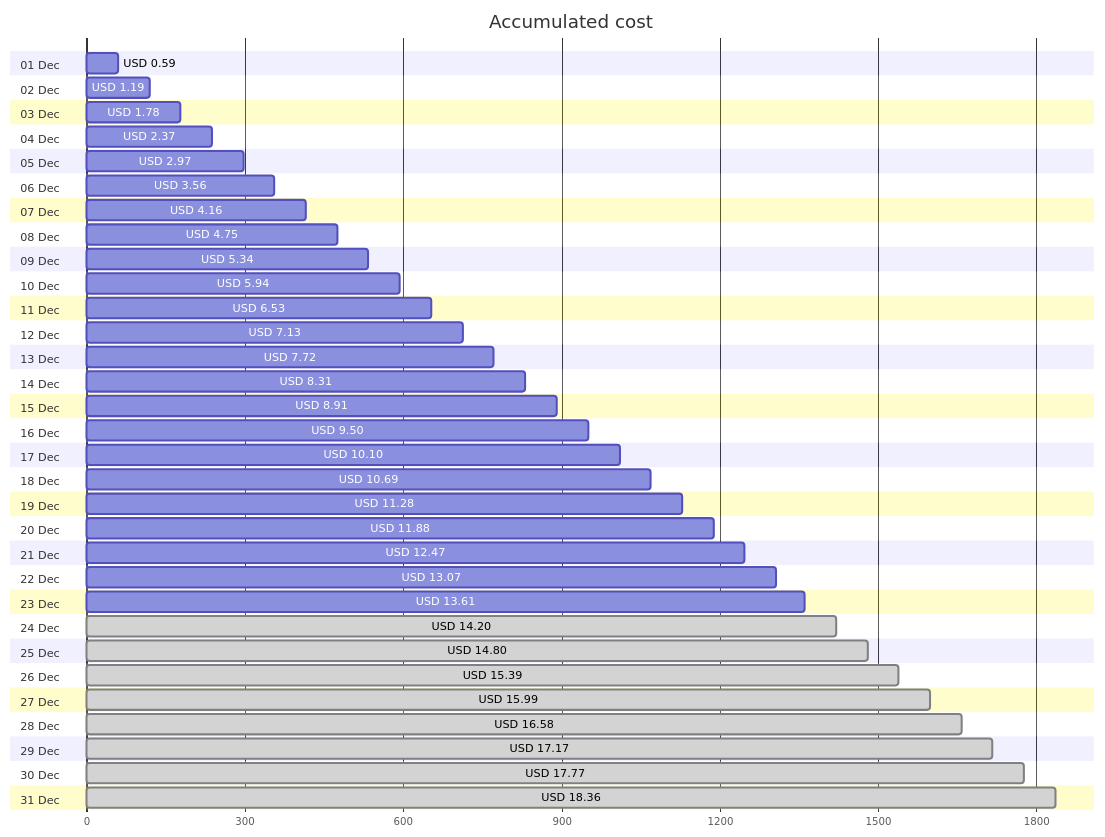
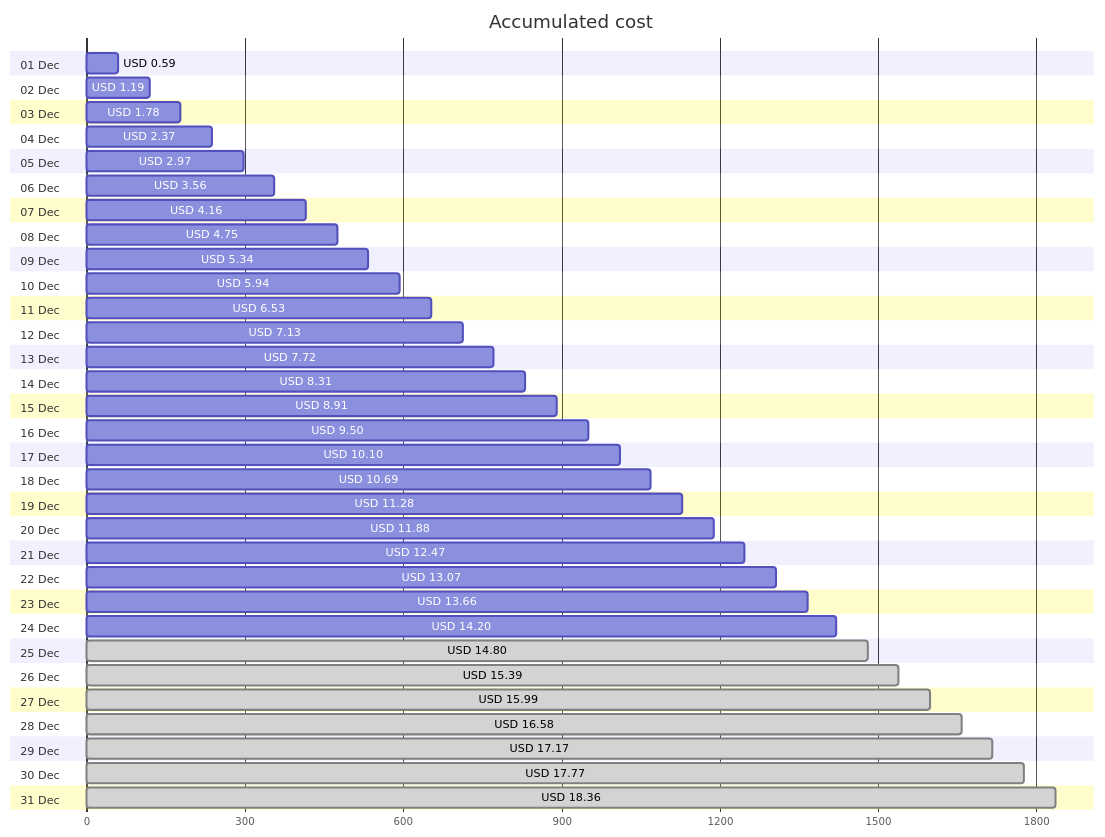
Before and after one commit to jpfulton/azure-personal-reports: the first of 4 diagrams in cost-reports/personal-site/README.md, drawn with Mermaid. The commit also changed other lines of this file and 6 other files, not shown here.

````diff
--- a/cost-reports/personal-site/README.md
+++ b/cost-reports/personal-site/README.md
@@ -20,68 +20,68 @@
 ```mermaid
 gantt
    title Accumulated cost
    dateFormat  X
    axisFormat %s
    section 01 Dec
    USD 0.59 :0, 59
    section 02 Dec
    USD 1.19 :0, 119
    section 03 Dec
    USD 1.78 :0, 178
    section 04 Dec
    USD 2.37 :0, 237
    section 05 Dec
    USD 2.97 :0, 297
    section 06 Dec
    USD 3.56 :0, 356
    section 07 Dec
    USD 4.16 :0, 416
    section 08 Dec
    USD 4.75 :0, 475
    section 09 Dec
    USD 5.34 :0, 534
    section 10 Dec
    USD 5.94 :0, 594
    section 11 Dec
    USD 6.53 :0, 653
    section 12 Dec
    USD 7.13 :0, 713
    section 13 Dec
    USD 7.72 :0, 772
    section 14 Dec
    USD 8.31 :0, 831
    section 15 Dec
    USD 8.91 :0, 891
    section 16 Dec
    USD 9.50 :0, 950
    section 17 Dec
    USD 10.10 :0, 1010
    section 18 Dec
    USD 10.69 :0, 1069
    section 19 Dec
    USD 11.28 :0, 1128
    section 20 Dec
    USD 11.88 :0, 1188
    section 21 Dec
    USD 12.47 :0, 1247
    section 22 Dec
    USD 13.07 :0, 1307
    section 23 Dec
-   USD 13.61 :0, 1361
+   USD 13.66 :0, 1366
    section 24 Dec
-   USD 14.20 : done, 0, 1420
+   USD 14.20 :0, 1420
    section 25 Dec
    USD 14.80 : done, 0, 1480
    section 26 Dec
    USD 15.39 : done, 0, 1539
    section 27 Dec
    USD 15.99 : done, 0, 1599
    section 28 Dec
    USD 16.58 : done, 0, 1658
    section 29 Dec
    USD 17.17 : done, 0, 1717
    section 30 Dec
    USD 17.77 : done, 0, 1777
    section 31 Dec
    USD 18.36 : done, 0, 1836
 ```
````
